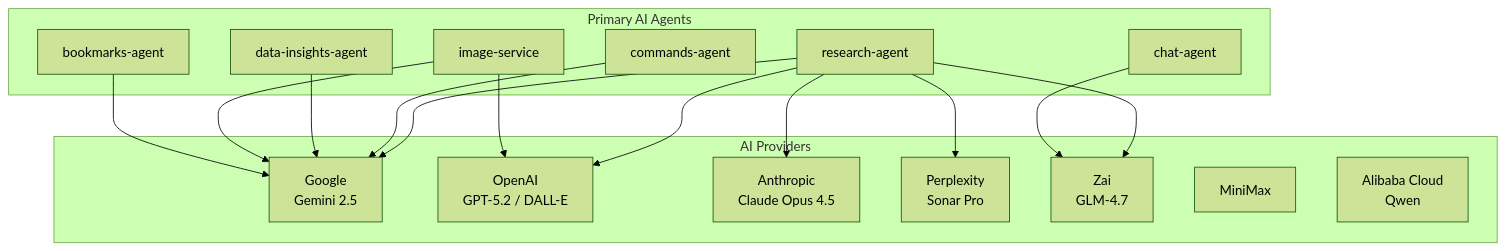
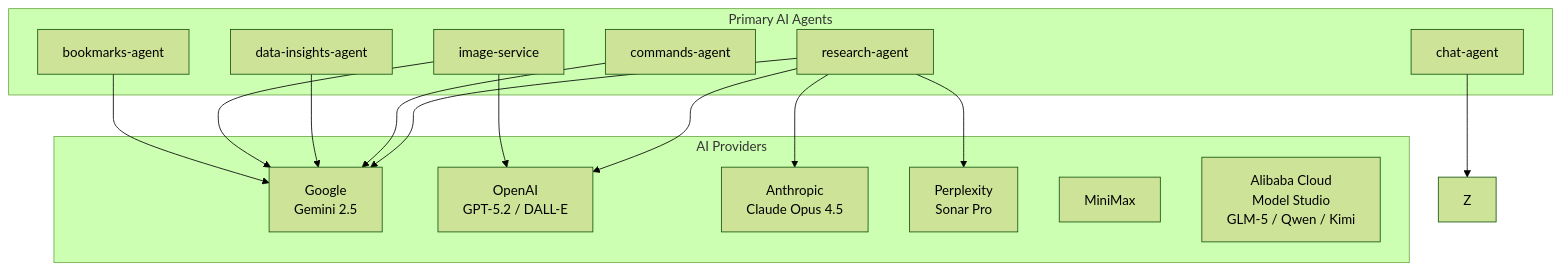
Before and after one commit to pbuchman/intexuraos: the first of 2 diagrams in docs/services/index.md, drawn with Mermaid (forest theme). The commit also changed other lines of this file and 124 other files, not shown here.

````diff
--- a/docs/services/index.md
+++ b/docs/services/index.md
@@ -55,34 +64,31 @@
 ```mermaid
 graph TB
     subgraph "AI Providers"
         G[Google<br>Gemini 2.5]
         O[OpenAI<br>GPT-5.2 / DALL-E]
         A[Anthropic<br>Claude Opus 4.5]
         P[Perplexity<br>Sonar Pro]
-        Z[Zai<br>GLM-4.7]
         MM[MiniMax]
-        QW[Alibaba Cloud<br>Qwen]
+        AC[Alibaba Cloud<br>Model Studio<br>GLM-5 / Qwen / Kimi]
     end
 
     subgraph "Primary AI Agents"
         R[research-agent]
         C[commands-agent]
         D[data-insights-agent]
         I[image-service]
         B[bookmarks-agent]
         CH[chat-agent]
     end
 
     R --> G
     R --> O
     R --> A
     R --> P
-    R --> Z
-
     C --> G
     D --> G
     I --> O
     I --> G
     B --> G
     CH --> Z
 ```
````
